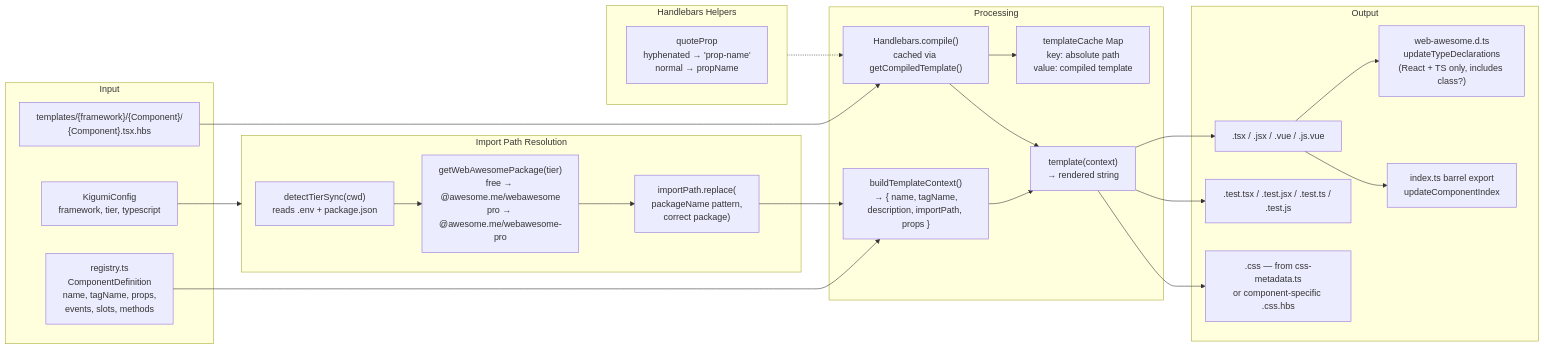
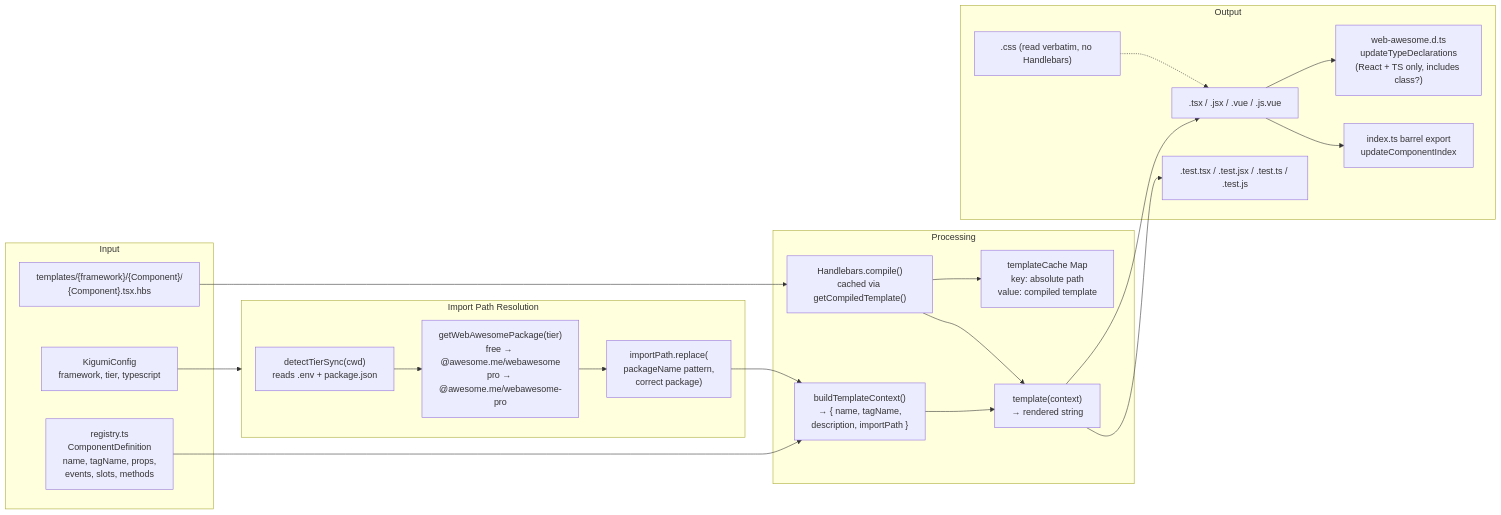
One commit to kigumi-ui/kigumi-cli changed the third of 4 diagrams in AGENTS.md. Above: the diagram before and after it, drawn with Mermaid. The commit also changed other lines of this file and 237 other files, not shown here.

````diff
--- a/AGENTS.md
+++ b/AGENTS.md
@@ -558,44 +557,40 @@
 ```mermaid
 flowchart LR
     subgraph Input
         HBS["templates/{framework}/{Component}/\n{Component}.tsx.hbs"]
         REG["registry.ts\nComponentDefinition\nname, tagName, props,\nevents, slots, methods"]
         CFG["KigumiConfig\nframework, tier, typescript"]
     end
 
     subgraph TierResolution["Import Path Resolution"]
         DETECT["detectTierSync(cwd)\nreads .env + package.json"]
         PKG["getWebAwesomePackage(tier)\nfree → @awesome.me/webawesome\npro → @awesome.me/webawesome-pro"]
         REPLACE["importPath.replace(\npackageName pattern,\ncorrect package)"]
     end
 
     subgraph Processing
-        CTX["buildTemplateContext()\n→ { name, tagName,\ndescription, importPath, props }"]
+        CTX["buildTemplateContext()\n→ { name, tagName,\ndescription, importPath }"]
         CACHE["templateCache Map\nkey: absolute path\nvalue: compiled template"]
         COMPILE["Handlebars.compile()\ncached via getCompiledTemplate()"]
         RENDER["template(context)\n→ rendered string"]
     end
 
-    subgraph Helpers["Handlebars Helpers"]
-        QP["quoteProp\nhyphenated → 'prop-name'\nnormal → propName"]
-    end
-
     subgraph Output
         COMP[".tsx / .jsx / .vue / .js.vue"]
         TEST[".test.tsx / .test.jsx / .test.ts / .test.js"]
-        CSS[".css — from css-metadata.ts\nor component-specific .css.hbs"]
+        CSS[".css (read verbatim, no Handlebars)"]
         TYPES["web-awesome.d.ts\nupdateTypeDeclarations\n(React + TS only, includes class?)"]
         INDEX["index.ts barrel export\nupdateComponentIndex"]
     end
 
     REG --> CTX
     CFG --> TierResolution
     DETECT --> PKG --> REPLACE
     REPLACE --> CTX
     CTX --> RENDER
     HBS --> COMPILE --> RENDER
-    Helpers -.-> COMPILE
     COMPILE --> CACHE
-    RENDER --> COMP & TEST & CSS
+    RENDER --> COMP & TEST
+    CSS -.-> COMP
     COMP --> TYPES & INDEX
 ```
````
